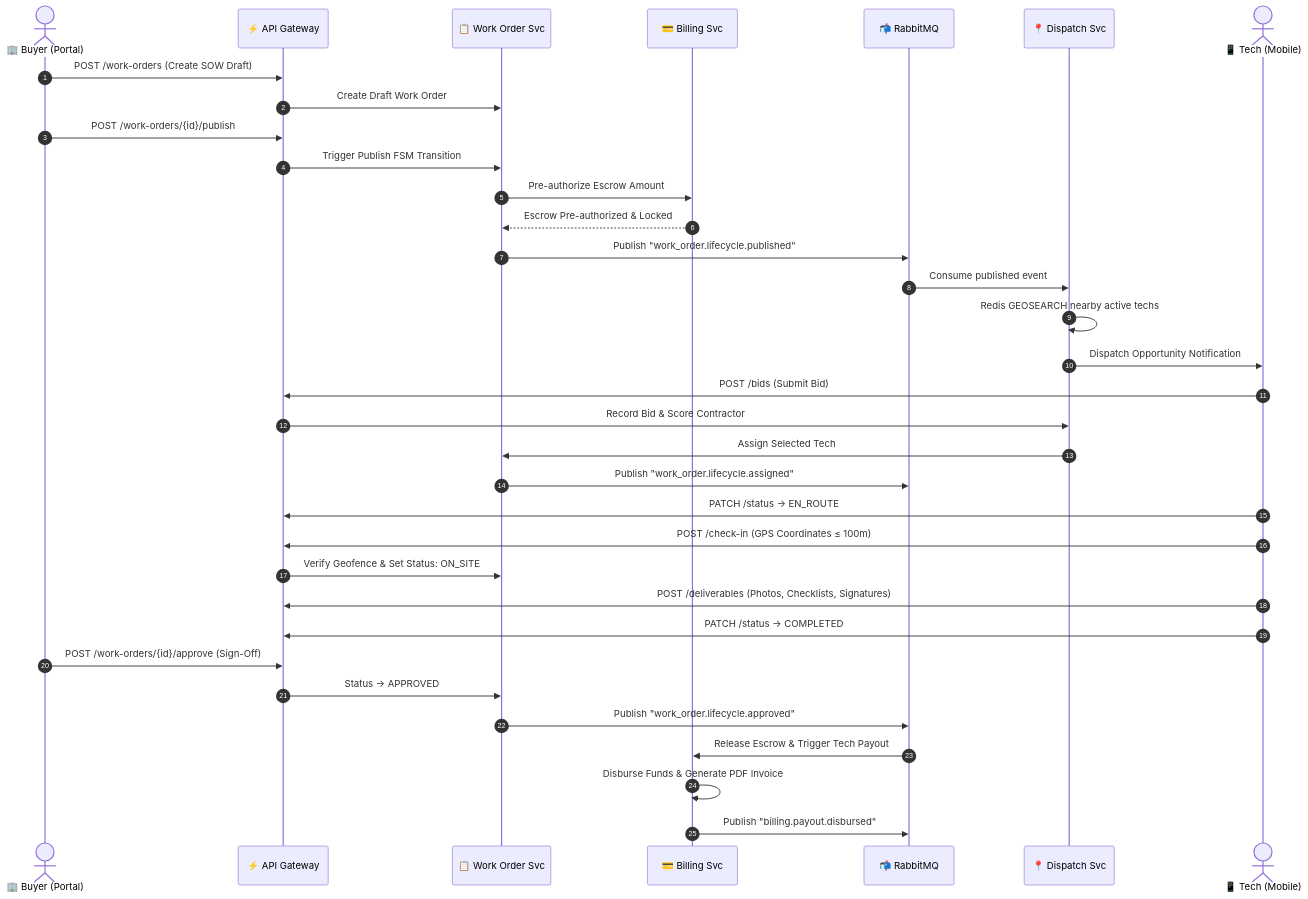
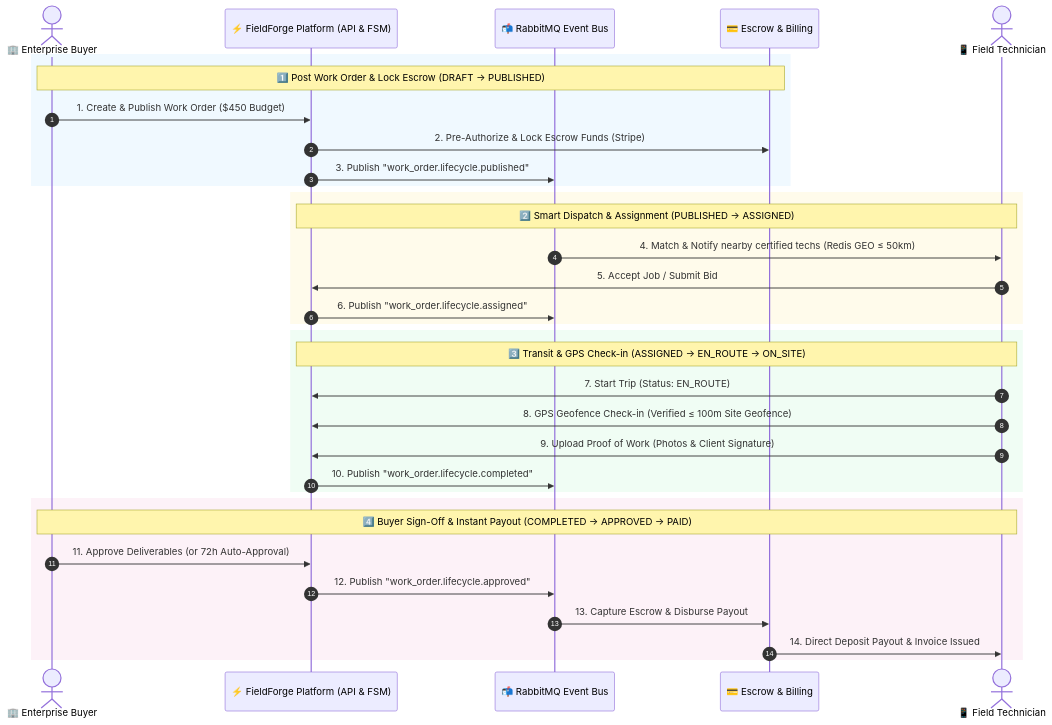
One commit to satya-ranjon/FieldForge changed the second of 5 diagrams in README.md. Above: the diagram before and after it, drawn with Mermaid. The commit also changed other lines of this file, not shown here.

````diff
--- a/README.md
+++ b/README.md
@@ -136,44 +136,43 @@
 ```mermaid
 sequenceDiagram
     autonumber
-    actor Buyer as 🏢 Buyer (Portal)
-    participant GW as ⚡ API Gateway
-    participant WO as 📋 Work Order Svc
-    participant Bill as 💳 Billing Svc
-    participant MQ as 📬 RabbitMQ
-    participant Disp as 📍 Dispatch Svc
-    actor Tech as 📱 Tech (Mobile)
+    actor Buyer as 🏢 Enterprise Buyer
+    participant Core as ⚡ FieldForge Platform (API & FSM)
+    participant MQ as 📬 RabbitMQ Event Bus
+    participant Bill as 💳 Escrow & Billing
+    actor Tech as 📱 Field Technician
 
-    %% Step 1: Draft & Publish
-    Buyer->>GW: POST /work-orders (Create SOW Draft)
-    GW->>WO: Create Draft Work Order
-    Buyer->>GW: POST /work-orders/{id}/publish
-    GW->>WO: Trigger Publish FSM Transition
-    WO->>Bill: Pre-authorize Escrow Amount
-    Bill-->>WO: Escrow Pre-authorized & Locked
-    WO->>MQ: Publish "work_order.lifecycle.published"
+    %% 1. Post & Lock Escrow
+    rect rgb(240, 249, 255)
+    Note over Buyer, Bill: 1️⃣ Post Work Order & Lock Escrow (DRAFT → PUBLISHED)
+    Buyer->>Core: 1. Create & Publish Work Order ($450 Budget)
+    Core->>Bill: 2. Pre-Authorize & Lock Escrow Funds (Stripe)
+    Core->>MQ: 3. Publish "work_order.lifecycle.published"
+    end
 
-    %% Step 2: Dispatch & Match
-    MQ->>Disp: Consume published event
-    Disp->>Disp: Redis GEOSEARCH nearby active techs
-    Disp->>Tech: Dispatch Opportunity Notification
-    Tech->>GW: POST /bids (Submit Bid)
-    GW->>Disp: Record Bid & Score Contractor
+    %% 2. Dispatch & Matching
+    rect rgb(255, 251, 235)
+    Note over Core, Tech: 2️⃣ Smart Dispatch & Assignment (PUBLISHED → ASSIGNED)
+    MQ->>Tech: 4. Match & Notify nearby certified techs (Redis GEO ≤ 50km)
+    Tech->>Core: 5. Accept Job / Submit Bid
+    Core->>MQ: 6. Publish "work_order.lifecycle.assigned"
+    end
 
-    %% Step 3: Assignment & On-Site Execution
-    Disp->>WO: Assign Selected Tech
-    WO->>MQ: Publish "work_order.lifecycle.assigned"
-    Tech->>GW: PATCH /status -> EN_ROUTE
-    Tech->>GW: POST /check-in (GPS Coordinates ≤ 100m)
-    GW->>WO: Verify Geofence & Set Status: ON_SITE
-    Tech->>GW: POST /deliverables (Photos, Checklists, Signatures)
-    Tech->>GW: PATCH /status -> COMPLETED
+    %% 3. Transit & On-Site Verification
+    rect rgb(240, 253, 244)
+    Note over Core, Tech: 3️⃣ Transit & GPS Check-in (ASSIGNED → EN_ROUTE → ON_SITE)
+    Tech->>Core: 7. Start Trip (Status: EN_ROUTE)
+    Tech->>Core: 8. GPS Geofence Check-in (Verified ≤ 100m Site Geofence)
+    Tech->>Core: 9. Upload Proof of Work (Photos & Client Signature)
+    Core->>MQ: 10. Publish "work_order.lifecycle.completed"
+    end
 
-    %% Step 4: Approval & Settlement
-    Buyer->>GW: POST /work-orders/{id}/approve (Sign-Off)
-    GW->>WO: Status -> APPROVED
-    WO->>MQ: Publish "work_order.lifecycle.approved"
-    MQ->>Bill: Release Escrow & Trigger Tech Payout
-    Bill->>Bill: Disburse Funds & Generate PDF Invoice
-    Bill->>MQ: Publish "billing.payout.disbursed"
+    %% 4. Approval & Escrow Release
+    rect rgb(253, 242, 248)
+    Note over Buyer, Tech: 4️⃣ Buyer Sign-Off & Instant Payout (COMPLETED → APPROVED → PAID)
+    Buyer->>Core: 11. Approve Deliverables (or 72h Auto-Approval)
+    Core->>MQ: 12. Publish "work_order.lifecycle.approved"
+    MQ->>Bill: 13. Capture Escrow & Disburse Payout
+    Bill->>Tech: 14. Direct Deposit Payout & Invoice Issued
+    end
 ```
````
